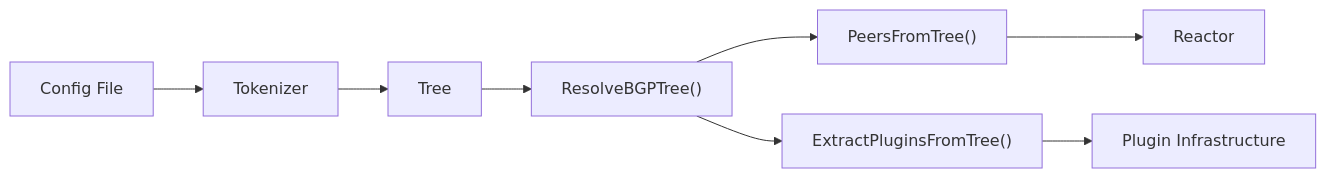
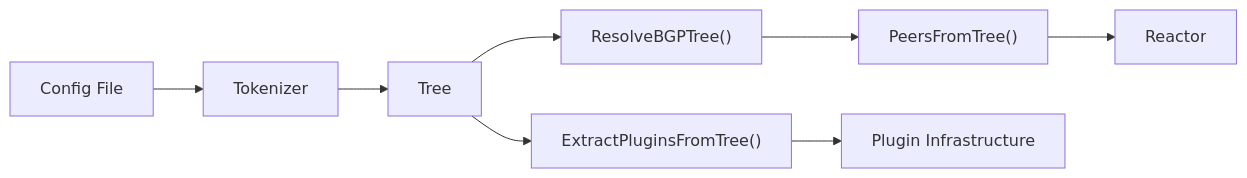
One commit to ze-software/ze changed the third of 3 diagrams in docs/DESIGN.md. Above: the diagram before and after it, drawn with Mermaid. The commit also changed other lines of this file and 77 other files, not shown here.

````diff
--- a/docs/DESIGN.md
+++ b/docs/DESIGN.md
@@ -488,6 +491,6 @@
 ```mermaid
 graph LR
     F["Config File"] --> T["Tokenizer"] --> Tree["Tree"] --> R["ResolveBGPTree()"]
     R --> Peers["PeersFromTree()"] --> Reactor["Reactor"]
-    R --> Plugins["ExtractPluginsFromTree()"] --> PI["Plugin Infrastructure"]
+    Tree --> Plugins["ExtractPluginsFromTree()"] --> PI["Plugin Infrastructure"]
 ```
````
